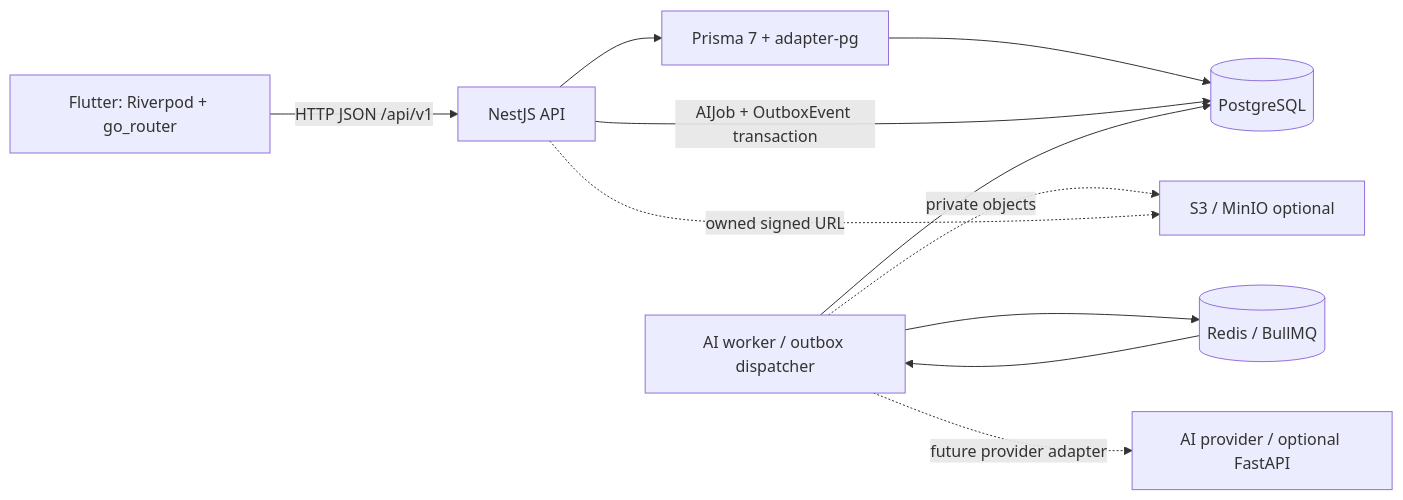
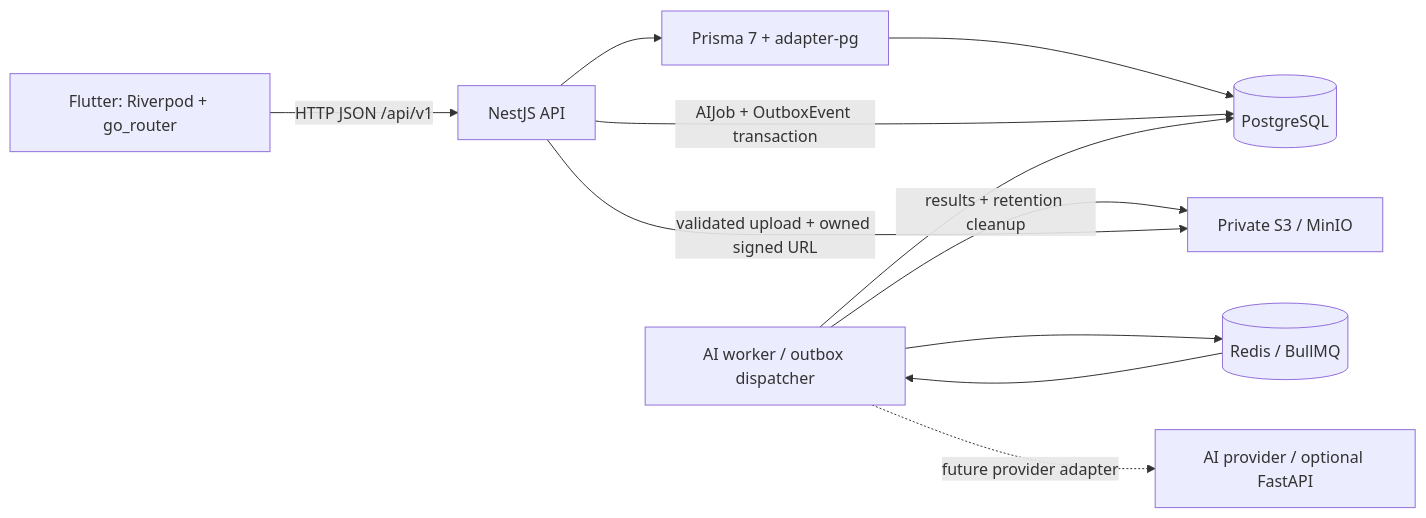
Before and after one commit to pqchien1905/WEARLY: the first of 2 diagrams in docs/architecture.md, drawn with Mermaid. The commit also changed other lines of this file and 47 other files, not shown here.

Commit message:
feat: add private image uploads and durable retention cleanup

````diff
--- a/docs/architecture.md
+++ b/docs/architecture.md
@@ -25,13 +25,13 @@
 ```mermaid
 flowchart LR
   F["Flutter: Riverpod + go_router"] -->|"HTTP JSON /api/v1"| API["NestJS API"]
   API --> P["Prisma 7 + adapter-pg"]
   P --> DB[("PostgreSQL")]
   API -->|"AIJob + OutboxEvent transaction"| DB
   W["AI worker / outbox dispatcher"] --> DB
   W --> Q[("Redis / BullMQ")]
   Q --> W
   W -. "future provider adapter" .-> AI["AI provider / optional FastAPI"]
-  W -. "private objects" .-> S3["S3 / MinIO optional"]
-  API -. "owned signed URL" .-> S3
+  W -->|"results + retention cleanup"| S3["Private S3 / MinIO"]
+  API -->|"validated upload + owned signed URL"| S3
 ```
````
